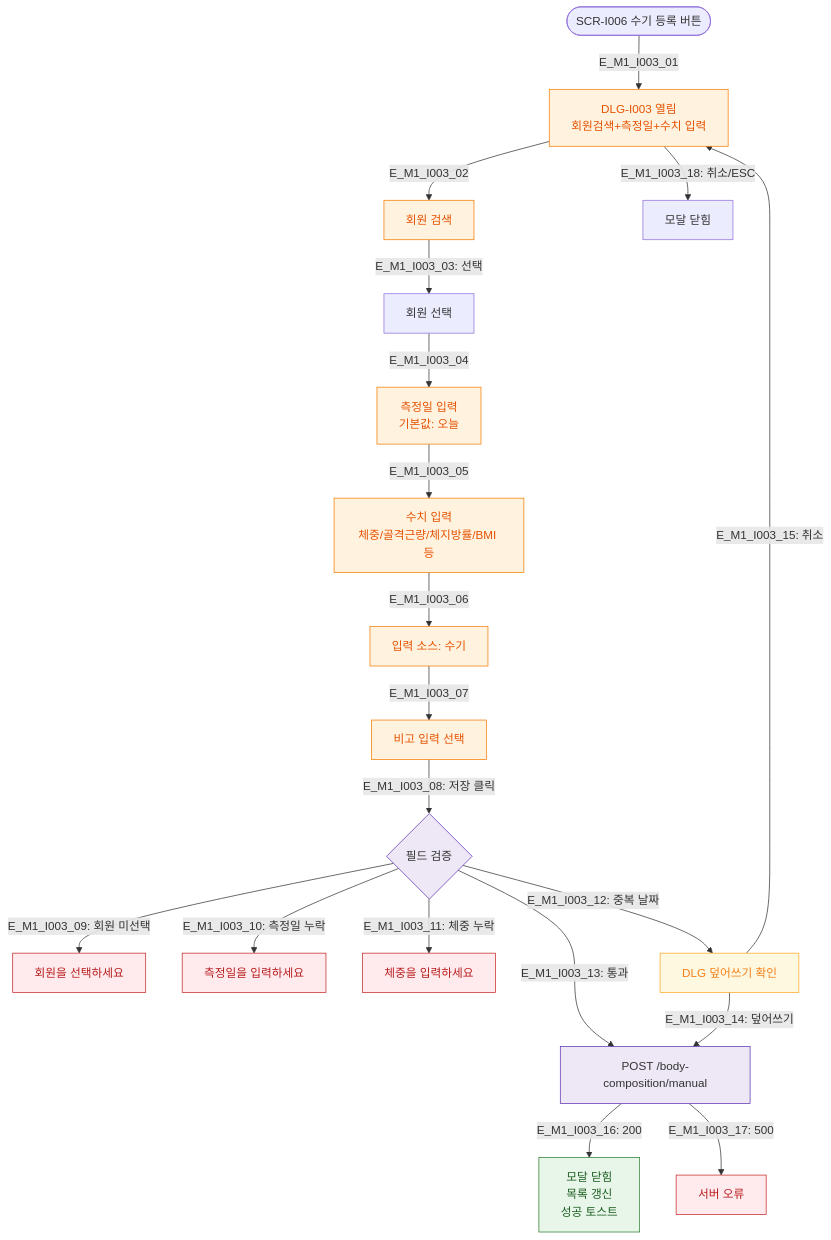
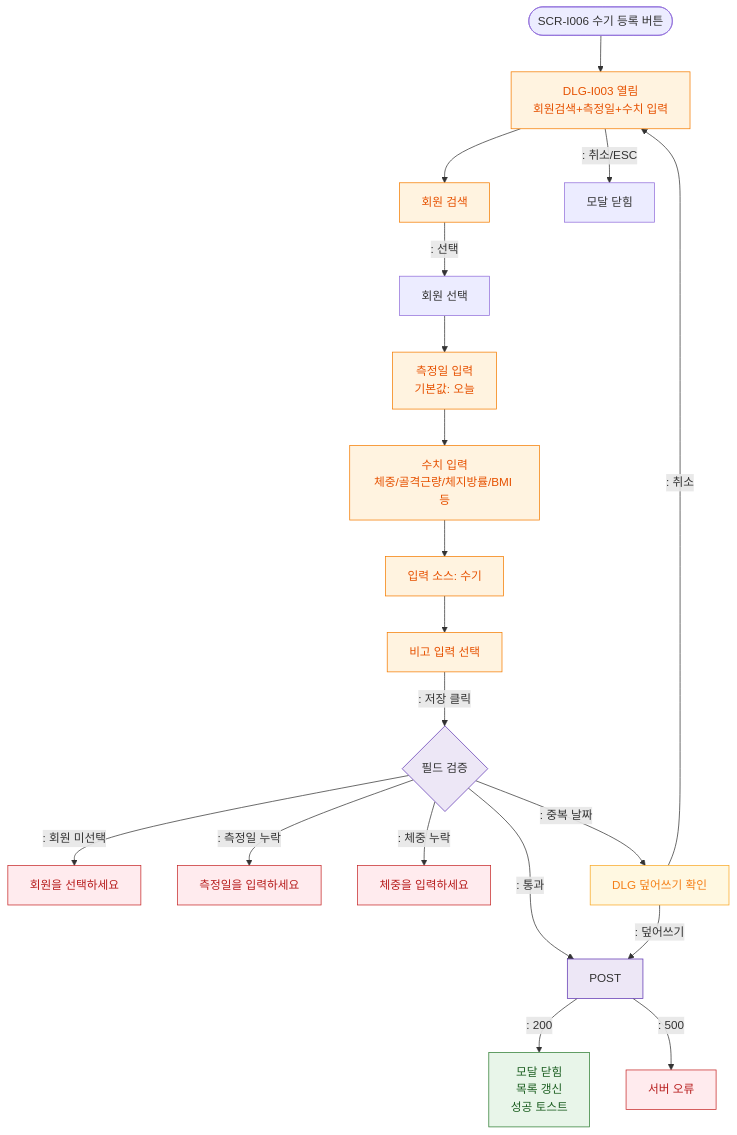
One commit to dev-spogym/admin-pando changed the diagram in docs/다이어그램/D11_통합운영/DLG/DLG-I003_체성분수기등록/M1_생명주기.md. Above: the diagram before and after it, drawn with Mermaid. The commit also changed other lines of this file and 1660 other files, not shown here.

First line of the commit message:
다이어그램: 기획자/클라이언트 납품본으로 정리

````diff
--- a/docs/다이어그램/D11_통합운영/DLG/DLG-I003_체성분수기등록/M1_생명주기.md
+++ b/docs/다이어그램/D11_통합운영/DLG/DLG-I003_체성분수기등록/M1_생명주기.md
@@ -16,36 +14,36 @@
 ```mermaid
 flowchart TD
-    TRIGGER([SCR-I006 수기 등록 버튼]) -->|E_M1_I003_01| OPEN[DLG-I003 열림\n회원검색+측정일+수치 입력]
+    TRIGGER([SCR-I006 수기 등록 버튼]) --> OPEN[DLG-I003 열림\n회원검색+측정일+수치 입력]
 
-    OPEN -->|E_M1_I003_02| MEMBER_SEARCH[회원 검색]
-    MEMBER_SEARCH -->|"E_M1_I003_03: 선택"| MEMBER_SEL[회원 선택]
-    MEMBER_SEL -->|E_M1_I003_04| DATE_INPUT[측정일 입력\n기본값: 오늘]
-    DATE_INPUT -->|E_M1_I003_05| VALUES[수치 입력\n체중/골격근량/체지방률/BMI 등]
-    VALUES -->|E_M1_I003_06| SOURCE[입력 소스: 수기]
-    SOURCE -->|E_M1_I003_07| MEMO[비고 입력 선택]
+    OPEN --> MEMBER_SEARCH[회원 검색]
+    MEMBER_SEARCH -->|": 선택"|MEMBER_SEL[회원 선택]
+    MEMBER_SEL --> DATE_INPUT[측정일 입력\n기본값: 오늘]
+    DATE_INPUT --> VALUES[수치 입력\n체중/골격근량/체지방률/BMI 등]
+    VALUES --> SOURCE[입력 소스: 수기]
+    SOURCE --> MEMO[비고 입력 선택]
 
-    MEMO -->|"E_M1_I003_08: 저장 클릭"| VALID{필드 검증}
-    VALID -->|"E_M1_I003_09: 회원 미선택"| ERR_MEMBER[회원을 선택하세요]
-    VALID -->|"E_M1_I003_10: 측정일 누락"| ERR_DATE[측정일을 입력하세요]
-    VALID -->|"E_M1_I003_11: 체중 누락"| ERR_WEIGHT[체중을 입력하세요]
-    VALID -->|"E_M1_I003_12: 중복 날짜"| DLG_DUP[DLG 덮어쓰기 확인]
-    VALID -->|"E_M1_I003_13: 통과"| API[POST /body-composition/manual]
+    MEMO -->|": 저장 클릭"|VALID{필드 검증}
+    VALID -->|": 회원 미선택"|ERR_MEMBER[회원을 선택하세요]
+    VALID -->|": 측정일 누락"|ERR_DATE[측정일을 입력하세요]
+    VALID -->|": 체중 누락"|ERR_WEIGHT[체중을 입력하세요]
+    VALID -->|": 중복 날짜"|DLG_DUP[DLG 덮어쓰기 확인]
+    VALID -->|": 통과"|API[POST]
 
-    DLG_DUP -->|"E_M1_I003_14: 덮어쓰기"| API
-    DLG_DUP -->|"E_M1_I003_15: 취소"| OPEN
+    DLG_DUP -->|": 덮어쓰기"|API
+    DLG_DUP -->|": 취소"|OPEN
 
-    API -->|"E_M1_I003_16: 200"| CLOSE_OK[모달 닫힘\n목록 갱신\n성공 토스트]
-    API -->|"E_M1_I003_17: 500"| ERR_500[서버 오류]
-    OPEN -->|"E_M1_I003_18: 취소/ESC"| CLOSE[모달 닫힘]
+    API -->|": 200"|CLOSE_OK[모달 닫힘\n목록 갱신\n성공 토스트]
+    API -->|": 500"|ERR_500[서버 오류]
+    OPEN -->|": 취소/ESC"|CLOSE[모달 닫힘]
 
-    classDef modal        fill:#FFF3E0,stroke:#F57C00,color:#E65100
-    classDef system       fill:#EDE7F6,stroke:#5E35B2
-    classDef error        fill:#FFEBEE,stroke:#C62828,color:#B71C1C
-    classDef success      fill:#E8F5E9,stroke:#2E7D32,color:#1B5E20
-    classDef warning      fill:#FFF8E1,stroke:#F9A825,color:#F57F17
+    classDef modal fill:#FFF3E0,stroke:#F57C00,color:#E65100
+    classDef system fill:#EDE7F6,stroke:#5E35B2
+    classDef error fill:#FFEBEE,stroke:#C62828,color:#B71C1C
+    classDef success fill:#E8F5E9,stroke:#2E7D32,color:#1B5E20
+    classDef warning fill:#FFF8E1,stroke:#F9A825,color:#F57F17
     class OPEN,MEMBER_SEARCH,DATE_INPUT,VALUES,SOURCE,MEMO modal
     class API,VALID system
     class ERR_MEMBER,ERR_DATE,ERR_WEIGHT,ERR_500 error
     class CLOSE_OK success
     class DLG_DUP warning
 ```
````
